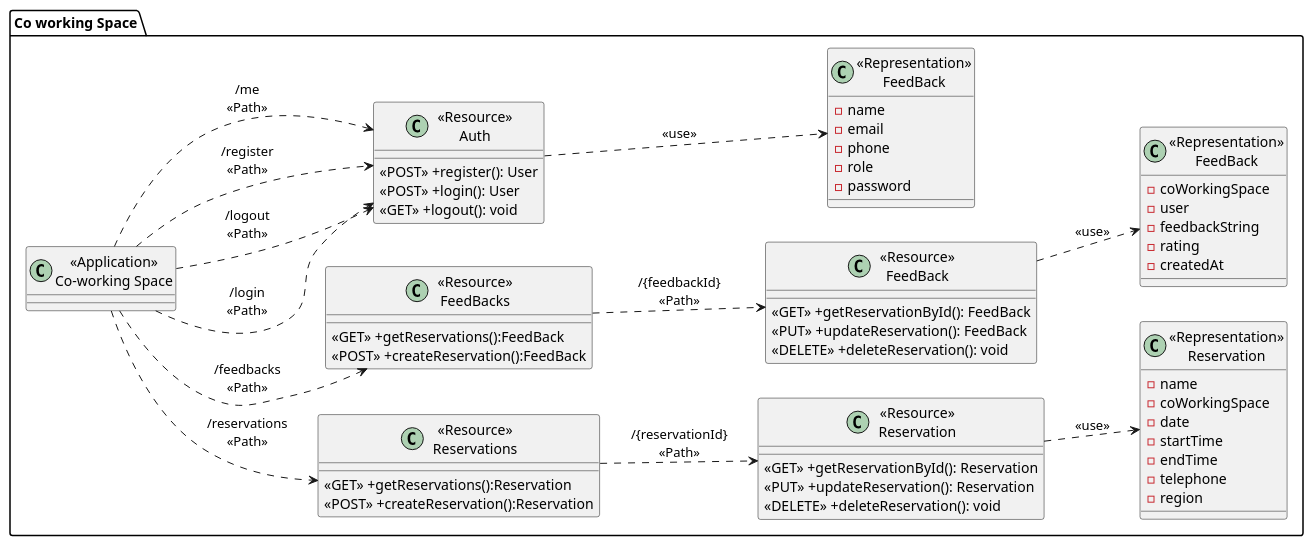
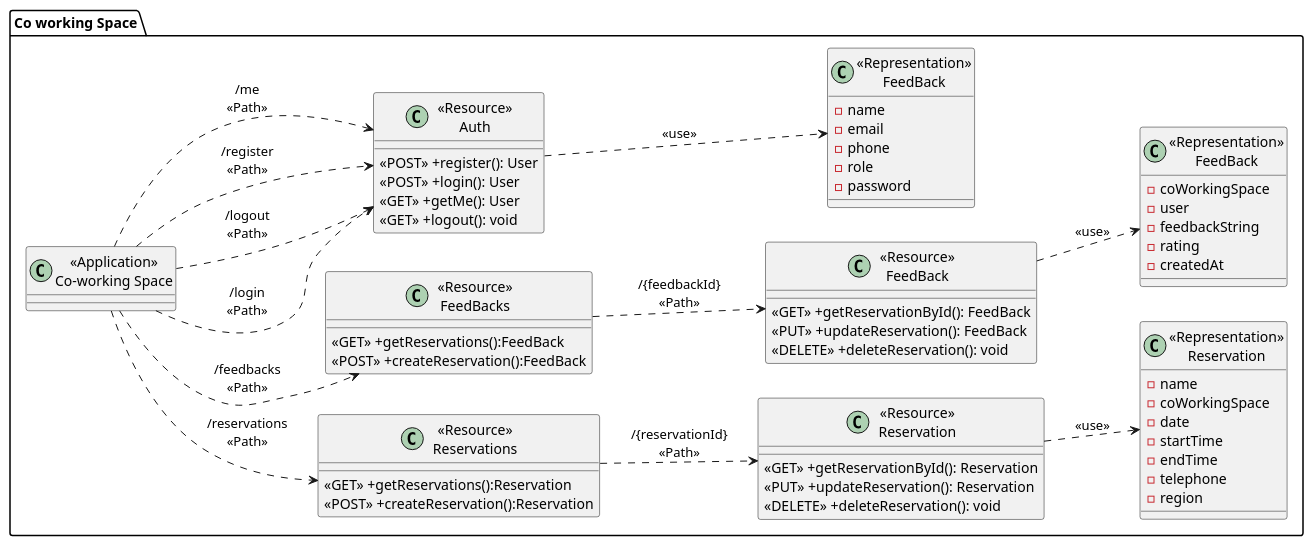
The diagram in uml/coWorking_ClassDiagram.puml (GavinITP/co-working-space-reservation), drawn with PlantUML before and after one commit. The commit also changed 3 other files, not shown here.

```diff
--- a/uml/coWorking_ClassDiagram.puml
+++ b/uml/coWorking_ClassDiagram.puml
@@ -1,76 +1,77 @@
 @startuml Co-working Class Diagram
 left to right direction
 package "Co working Space"{
     class "<<Application>>\nCo-working Space" as CoWorkingService{}
 
     class "<<Resource>>\nReservations" as ResourceReservations{
         <<GET>> +getReservations():Reservation
         <<POST>> +createReservation():Reservation
     }
 
     class "<<Resource>>\nReservation" as ResourceReservation {
         <<GET>> +getReservationById(): Reservation
         <<PUT>> +updateReservation(): Reservation
         <<DELETE>> +deleteReservation(): void
     }
 
     class "<<Representation>>\nReservation" as RepresentationReservation {
         -name
         -coWorkingSpace
         -date
         -startTime
         -endTime
         -telephone
         -region
     }
 
     class "<<Resource>>\nFeedBacks" as ResourceFeedBacks{
         <<GET>> +getReservations():FeedBack
         <<POST>> +createReservation():FeedBack
     }
 
     class "<<Resource>>\nFeedBack" as ResourceFeedBack {
         <<GET>> +getReservationById(): FeedBack
         <<PUT>> +updateReservation(): FeedBack
         <<DELETE>> +deleteReservation(): void
     }
 
     class "<<Representation>>\nFeedBack" as RepresentationFeedBack {
         -coWorkingSpace
         -user
         -feedbackString
         -rating
         -createdAt
     }
 
     class "<<Resource>>\nAuth" as ResourceAuth {
         <<POST>> +register(): User
         <<POST>> +login(): User
+        <<GET>> +getMe(): User
         <<GET>> +logout(): void
     }
 
     class "<<Representation>>\nFeedBack" as RepresentationAuth {
         -name
         -email
         -phone
         -role
         -password
     }
 
 }
 
 CoWorkingService ..> ResourceReservations:"/reservations\n<<Path>>"
 ResourceReservations ..> ResourceReservation: "/{reservationId}\n<<Path>>"
 ResourceReservation ..> RepresentationReservation: "<<use>>"
 
 CoWorkingService ..> ResourceFeedBacks:"/feedbacks\n<<Path>>"
 ResourceFeedBacks ..> ResourceFeedBack: "/{feedbackId}\n<<Path>>"
 ResourceFeedBack ..> RepresentationFeedBack: "<<use>>"
 
 CoWorkingService ..> ResourceAuth:"/login\n<<Path>>"
 CoWorkingService ..> ResourceAuth:"/logout\n<<Path>>"
 CoWorkingService ..> ResourceAuth:"/register\n<<Path>>"
 CoWorkingService ..> ResourceAuth:"/me\n<<Path>>"
 ResourceAuth ..> RepresentationAuth: "<<use>>"
 
 @enduml
```
